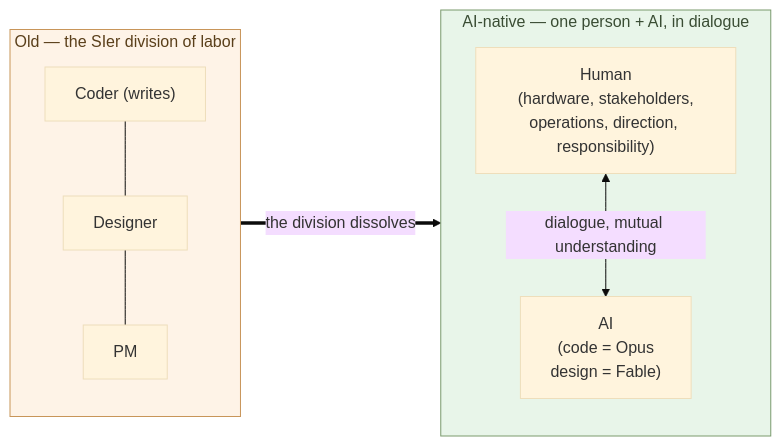
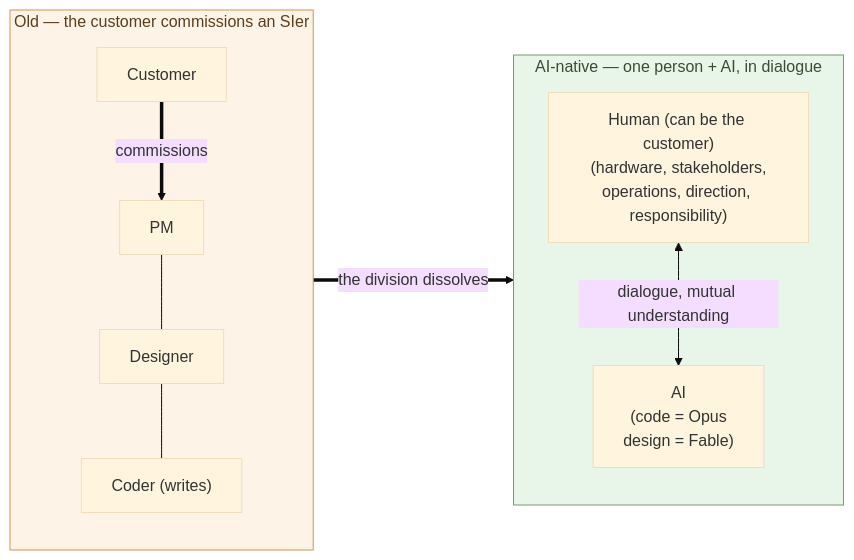
Before and after one commit to aiseed-dev/website: the diagram in articles/ai-native-ways/software/03-coder-end/en.md, drawn with Mermaid (base theme). The commit also changed 1 other file, not shown here.

Commit message:
第3章: 旧来図に発注元の顧客を追加
「旧来 ── SIer の役割分業」の図に発注元の顧客が無かった。顧客が SIer
(PM→設計者→コーダー)に発注する関係を加え、新側にも「人間(顧客自身でも
よい)」を補って対比を閉じた。ja/en とも。

Claude-Session: https://claude.ai/code/session_01JWSjUtp9JogXnFvcXErbX3

````diff
--- a/articles/ai-native-ways/software/03-coder-end/en.md
+++ b/articles/ai-native-ways/software/03-coder-end/en.md
@@ -136,24 +136,26 @@
 ```mermaid
 flowchart LR
-  subgraph Old["Old — the SIer division of labor"]
+  subgraph Old["Old — the customer commissions an SIer"]
     direction TB
+    OClient["Customer"]
+    OP["PM"]
+    OD["Designer"]
     OC["Coder (writes)"]
-    OD["Designer"]
-    OP["PM"]
-    OC --- OD --- OP
+    OClient ==>|commissions| OP
+    OP --- OD --- OC
   end
 
   subgraph New["AI-native — one person + AI, in dialogue"]
     direction TB
-    H["Human<br/>(hardware, stakeholders,<br/>operations, direction, responsibility)"]
+    H["Human (can be the customer)<br/>(hardware, stakeholders,<br/>operations, direction, responsibility)"]
     A["AI<br/>(code = Opus<br/>design = Fable)"]
     H <-->|dialogue, mutual understanding| A
   end
 
   Old ==>|the division dissolves| New
 
   classDef good fill:#e8f5e9,stroke:#7a9a6d,color:#3a4d34
   classDef bad fill:#fef3e7,stroke:#c89559,color:#5a3f1a
   class New good
   class Old bad
 ```
````
